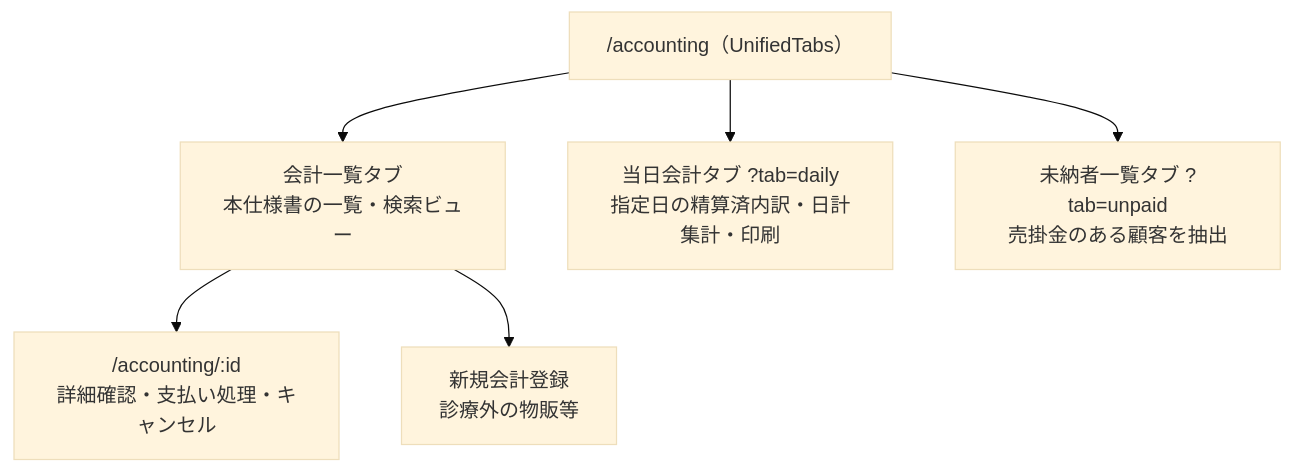
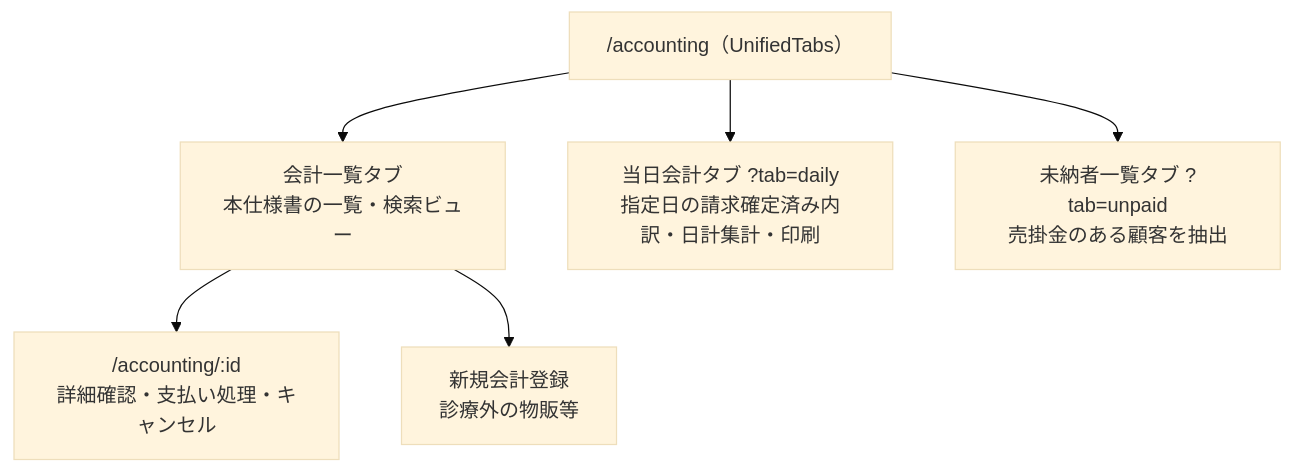
Before and after one commit to MinoruSoga/AnimalEkarte: the diagram in docs/spec/domains/accounting/pages/accounting-list.md, drawn with Mermaid (base theme). The commit also changed other lines of this file and 31 other files, not shown here.

````diff
--- a/docs/spec/domains/accounting/pages/accounting-list.md
+++ b/docs/spec/domains/accounting/pages/accounting-list.md
@@ -85,9 +85,9 @@
 ```mermaid
 flowchart TB
     A["/accounting（UnifiedTabs）"]
     A --> T1["会計一覧タブ<br/>本仕様書の一覧・検索ビュー"]
-    A --> T2["当日会計タブ ?tab=daily<br/>指定日の精算済内訳・日計集計・印刷"]
+    A --> T2["当日会計タブ ?tab=daily<br/>指定日の請求確定済み内訳・日計集計・印刷"]
     A --> T3["未納者一覧タブ ?tab=unpaid<br/>売掛金のある顧客を抽出"]
     T1 --> D["/accounting/:id<br/>詳細確認・支払い処理・キャンセル"]
     T1 --> N["新規会計登録<br/>診療外の物販等"]
 ```
````
